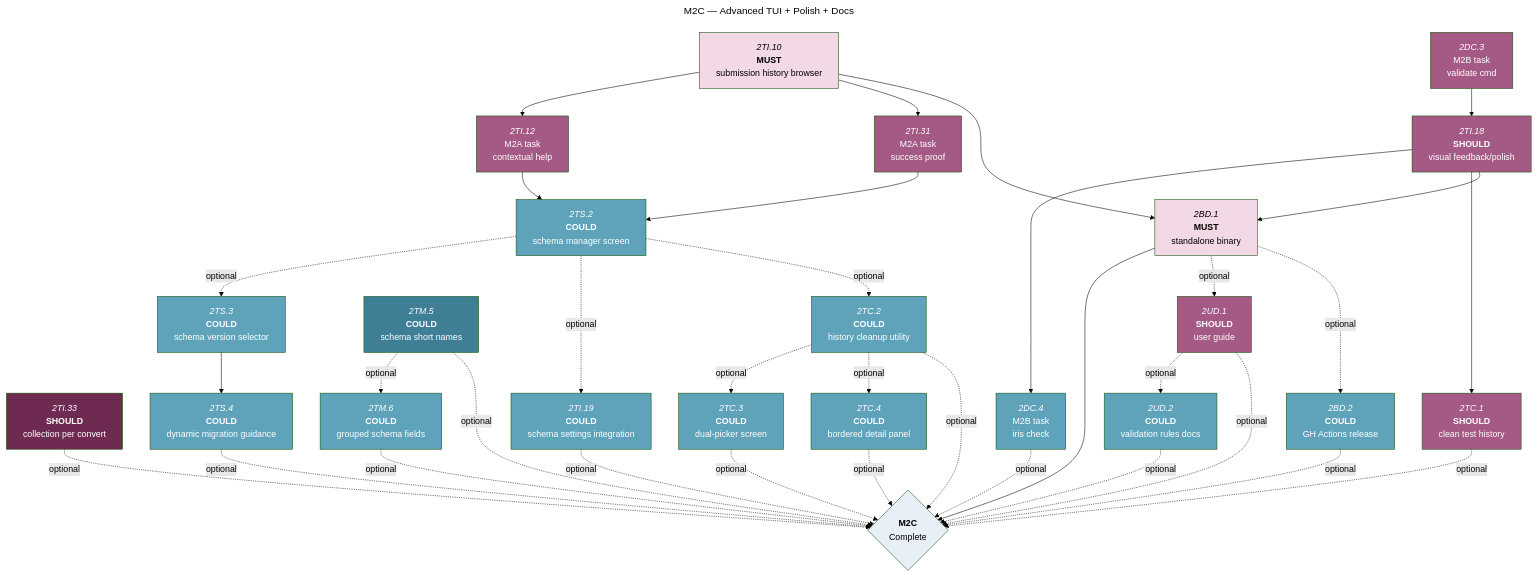
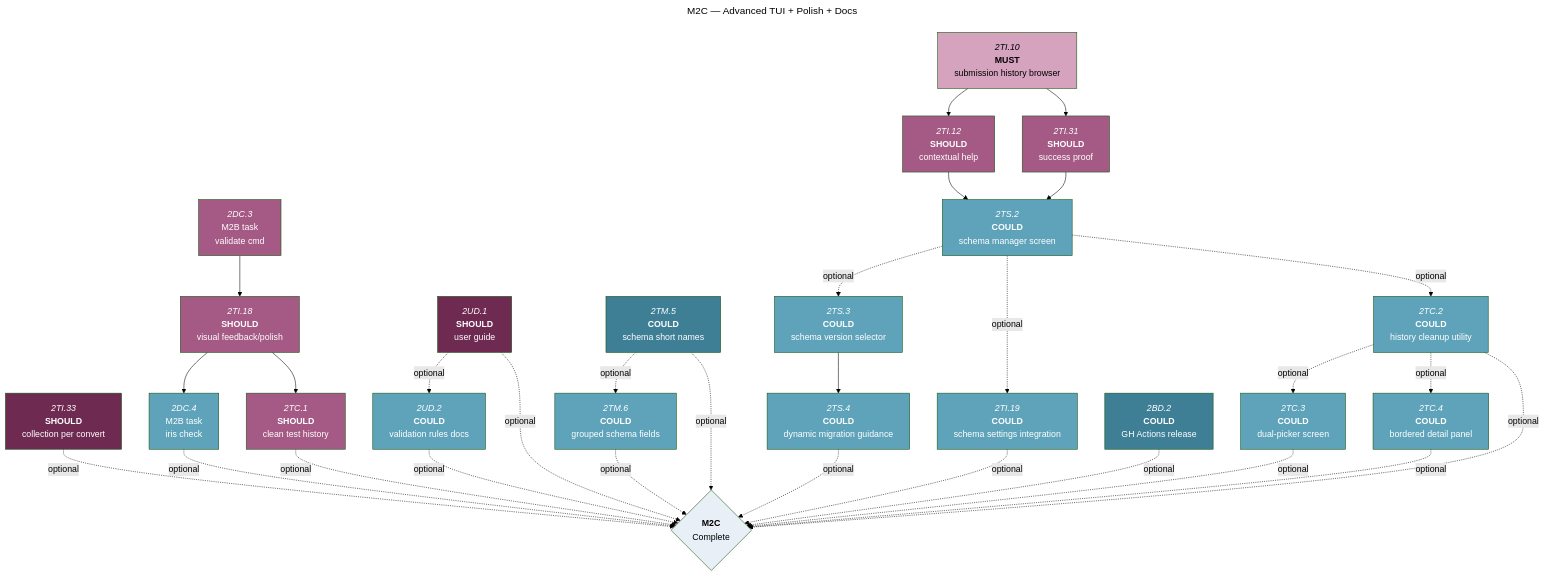
Before and after one commit to foundersandcoders/iris: the fourth of 5 diagrams in docs/roadmaps/phase-1-mvp-features.md, drawn with Mermaid (forest theme). The commit also changed other lines of this file, not shown here.

Commit message:
docs: update roadmap

````diff
--- a/docs/roadmaps/phase-1-mvp-features.md
+++ b/docs/roadmaps/phase-1-mvp-features.md
@@ -223,61 +254,59 @@
 ```mermaid
 ---
 title: M2C — Advanced TUI + Polish + Docs
 ---
 graph TD
 
 2DC.3["`*2DC.3*<br/>M2B task<br/>validate cmd`"]:::should-blocked
 
 2DC.3 --> 2TI.18
 
 2TI.33["`*2TI.33*<br/>**SHOULD**<br/>collection per convert`"]:::should-open
 
-2TI.10["`*2TI.10*<br/>**MUST**<br/>submission history browser`"]:::must-blocked
+2TI.10["`*2TI.10*<br/>**MUST**<br/>submission history browser`"]:::must-open
 2TI.18["`*2TI.18*<br/>**SHOULD**<br/>visual feedback/polish`"]:::should-blocked
 2TC.1["`*2TC.1*<br/>**SHOULD**<br/>clean test history`"]:::should-blocked
-2UD.1["`*2UD.1*<br/>**SHOULD**<br/>user guide`"]:::should-blocked
+2UD.1["`*2UD.1*<br/>**SHOULD**<br/>user guide`"]:::should-open
 2UD.2["`*2UD.2*<br/>**COULD**<br/>validation rules docs`"]:::could-blocked
 2TM.5["`*2TM.5*<br/>**COULD**<br/>schema short names`"]:::could-open
 2TM.6["`*2TM.6*<br/>**COULD**<br/>grouped schema fields`"]:::could-blocked
 2TC.2["`*2TC.2*<br/>**COULD**<br/>history cleanup utility`"]:::could-blocked
 2TC.3["`*2TC.3*<br/>**COULD**<br/>dual-picker screen`"]:::could-blocked
 2TC.4["`*2TC.4*<br/>**COULD**<br/>bordered detail panel`"]:::could-blocked
 
-2TI.12["`*2TI.12*<br/>M2A task<br/>contextual help`"]:::should-blocked
-2TI.31["`*2TI.31*<br/>M2A task<br/>success proof`"]:::should-blocked
+2TI.12["`*2TI.12*<br/>**SHOULD**<br/>contextual help`"]:::should-blocked
+2TI.31["`*2TI.31*<br/>**SHOULD**<br/>success proof`"]:::should-blocked
 2TS.2["`*2TS.2*<br/>**COULD**<br/>schema manager screen`"]:::could-blocked
 2TS.3["`*2TS.3*<br/>**COULD**<br/>schema version selector`"]:::could-blocked --> 2TS.4
 2TS.4["`*2TS.4*<br/>**COULD**<br/>dynamic migration guidance`"]:::could-blocked
 2TI.19["`*2TI.19*<br/>**COULD**<br/>schema settings integration`"]:::could-blocked
 
 2DC.4["`*2DC.4*<br/>M2B task<br/>iris check`"]:::could-blocked
 
-2BD.1["`*2BD.1*<br/>**MUST**<br/>standalone binary`"]:::must-blocked
-2BD.2["`*2BD.2*<br/>**COULD**<br/>GH Actions release`"]:::could-blocked
+2BD.2["`*2BD.2*<br/>**COULD**<br/>GH Actions release`"]:::could-open
 
 %% Required dependencies %%
 2TI.10 --> 2TI.12 & 2TI.31
 2TI.12 & 2TI.31 --> 2TS.2
 2TI.18 --> 2DC.4 & 2TC.1
-2TI.10 & 2TI.18 --> 2BD.1
-2BD.1 --> phase1
+
 phase1{"`**M2C**<br/>Complete`"}:::mile
 
 %% New task dependencies %%
 2TM.5 -.->|optional| 2TM.6
 
 %% Optional dependencies %%
-2BD.1 -.->|optional| 2UD.1 & 2BD.2
 2BD.2 -.->|optional| phase1
 2UD.1 -.->|optional| 2UD.2 & phase1
 2TS.2 -.->|optional| 2TS.3 & 2TI.19 & 2TC.2
 2TC.2 -.->|optional| 2TC.3 & 2TC.4
 2TI.33 & 2TM.5 & 2TM.6 & 2TI.19 & 2TS.4 & 2UD.2 & 2DC.4 & 2TC.1 & 2TC.2 & 2TC.3 & 2TC.4 -.->|optional| phase1
 
+classDef must-open fill:#D6A3BF,color:#000;
 classDef must-blocked fill:#F3D8E6,color:#000;
 classDef should-open fill:#6F2A52,color:#fff;
 classDef should-blocked fill:#A45A84,color:#fff;
 classDef could-open fill:#3E7F96,color:#fff;
 classDef could-blocked fill:#5FA3BA,color:#fff;
 classDef mile fill:#E8EFF6,color:#000;
 ```
````
